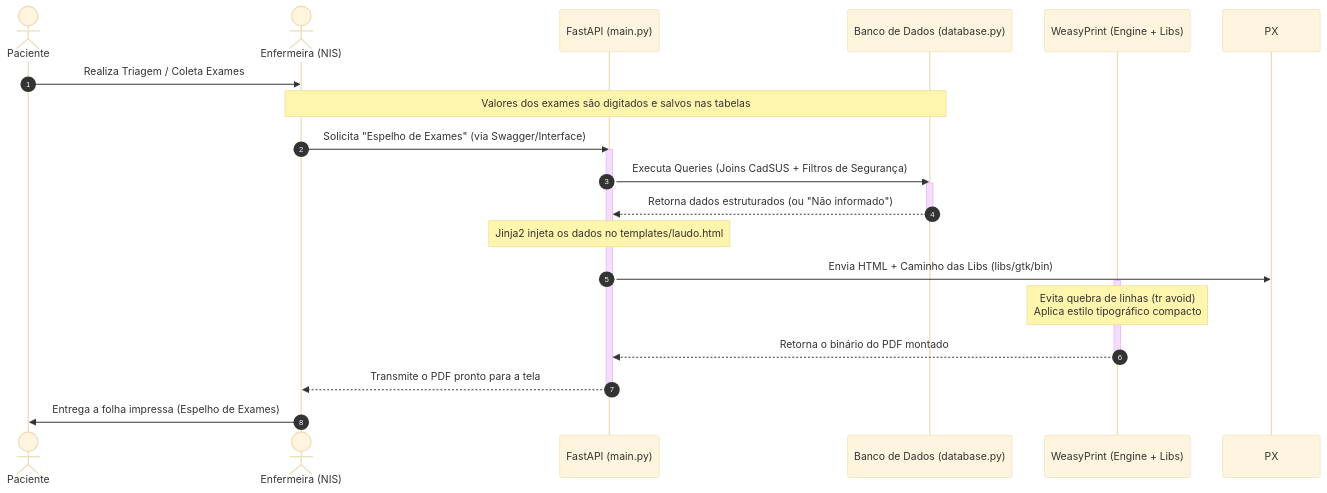
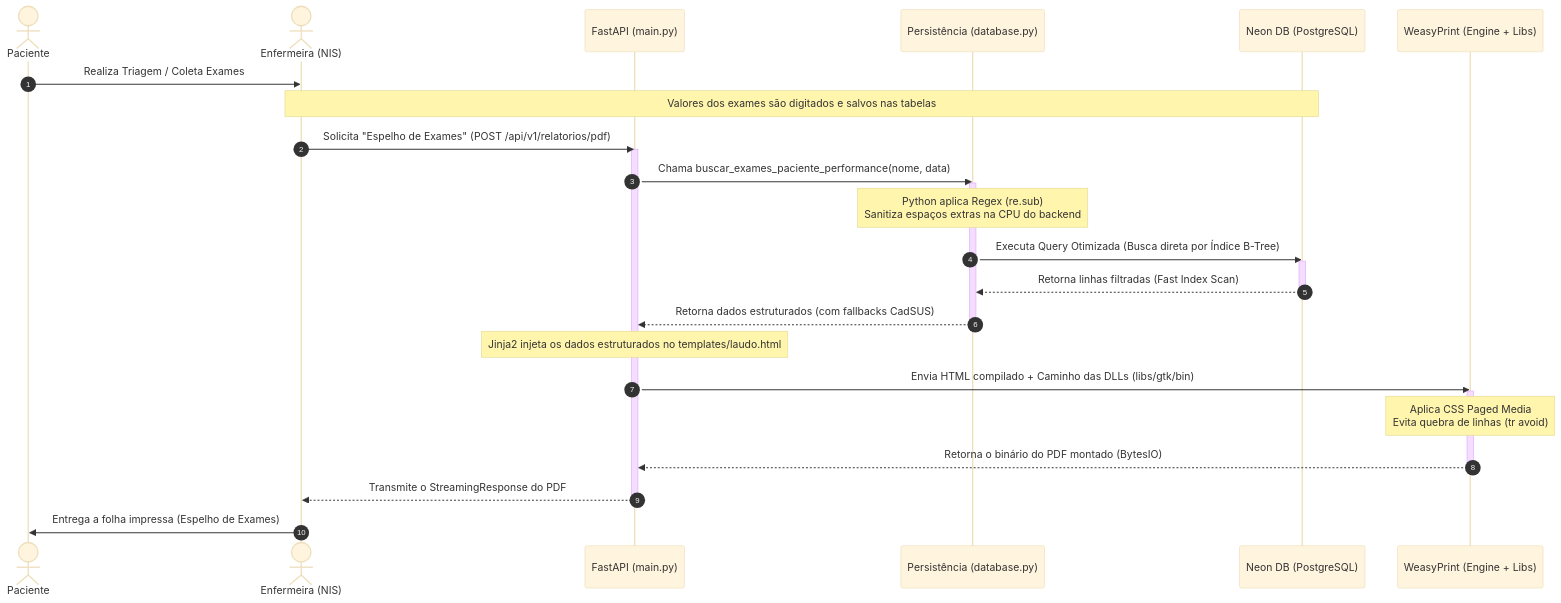
One commit to viniciushoffmanndev/lab-reports-generator changed the diagram in README.md. Above: the diagram before and after it, drawn with Mermaid (base theme). The commit also changed other lines of this file, not shown here.

Commit message:
docs: update architecture sequence diagram in readme to reflect backend optimization

````diff
--- a/README.md
+++ b/README.md
@@ -66,30 +87,39 @@
 ```mermaid
 sequenceDiagram
     autonumber
     actor P as Paciente
     actor E as Enfermeira (NIS)
     participant API as FastAPI (main.py)
-    participant DB as Banco de Dados (database.py)
+    participant DB as Persistência (database.py)
+    participant Neon as Neon DB (PostgreSQL)
     participant WP as WeasyPrint (Engine + Libs)
 
     P->>E: Realiza Triagem / Coleta Exames
-    Note over E, DB: Valores dos exames são digitados e salvos nas tabelas
-    E->>API: Solicita "Espelho de Exames" (via Swagger/Interface)
+    Note over E, Neon: Valores dos exames são digitados e salvos nas tabelas
+    E->>API: Solicita "Espelho de Exames" (POST /api/v1/relatorios/pdf)
     activate API
-    API->>DB: Executa Queries (Joins CadSUS + Filtros de Segurança)
+    
+    API->>DB: Chama buscar_exames_paciente_performance(nome, data)
     activate DB
-    DB-->>API: Retorna dados estruturados (ou "Não informado")
+    Note over DB: Python aplica Regex (re.sub)<br/>Sanitiza espaços extras na CPU do backend
+    
+    DB->>Neon: Executa Query Otimizada (Busca direta por Índice B-Tree)
+    activate Neon
+    Neon-->>DB: Retorna linhas filtradas (Fast Index Scan)
+    deactivate Neon
+    
+    DB-->>API: Retorna dados estruturados (com fallbacks CadSUS)
     deactivate DB
-    
-    Note over API: Jinja2 injeta os dados no templates/laudo.html
-    
-    API->>PX: Envia HTML + Caminho das Libs (libs/gtk/bin)
+  
+    Note over API: Jinja2 injeta os dados estruturados no templates/laudo.html
+  
+    API->>WP: Envia HTML compilado + Caminho das DLLs (libs/gtk/bin)
     activate WP
-    Note over WP: Evita quebra de linhas (tr avoid)<br/>Aplica estilo tipográfico compacto
-    WP-->>API: Retorna o binário do PDF montado
+    Note over WP: Aplica CSS Paged Media<br/>Evita quebra de linhas (tr avoid)
+    WP-->>API: Retorna o binário do PDF montado (BytesIO)
     deactivate WP
-    
-    API-->>E: Transmite o PDF pronto para a tela
+  
+    API-->>E: Transmite o StreamingResponse do PDF
     deactivate API
     E->>P: Entrega a folha impressa (Espelho de Exames)
 ```
````
